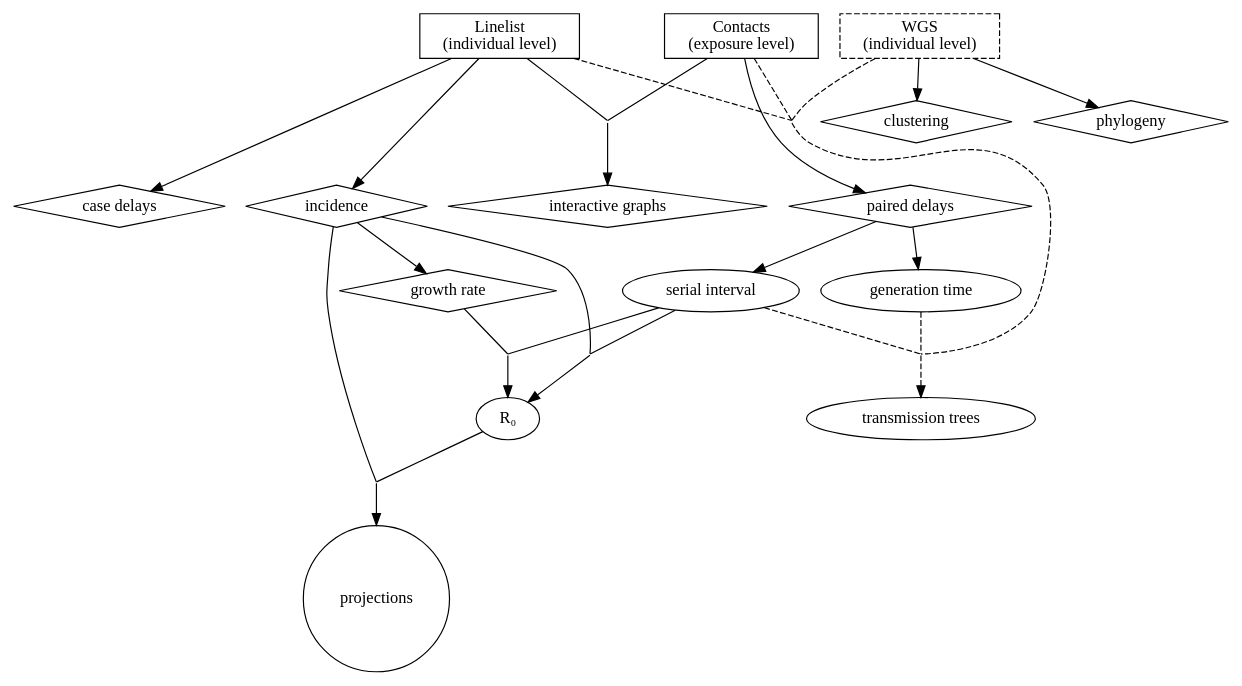
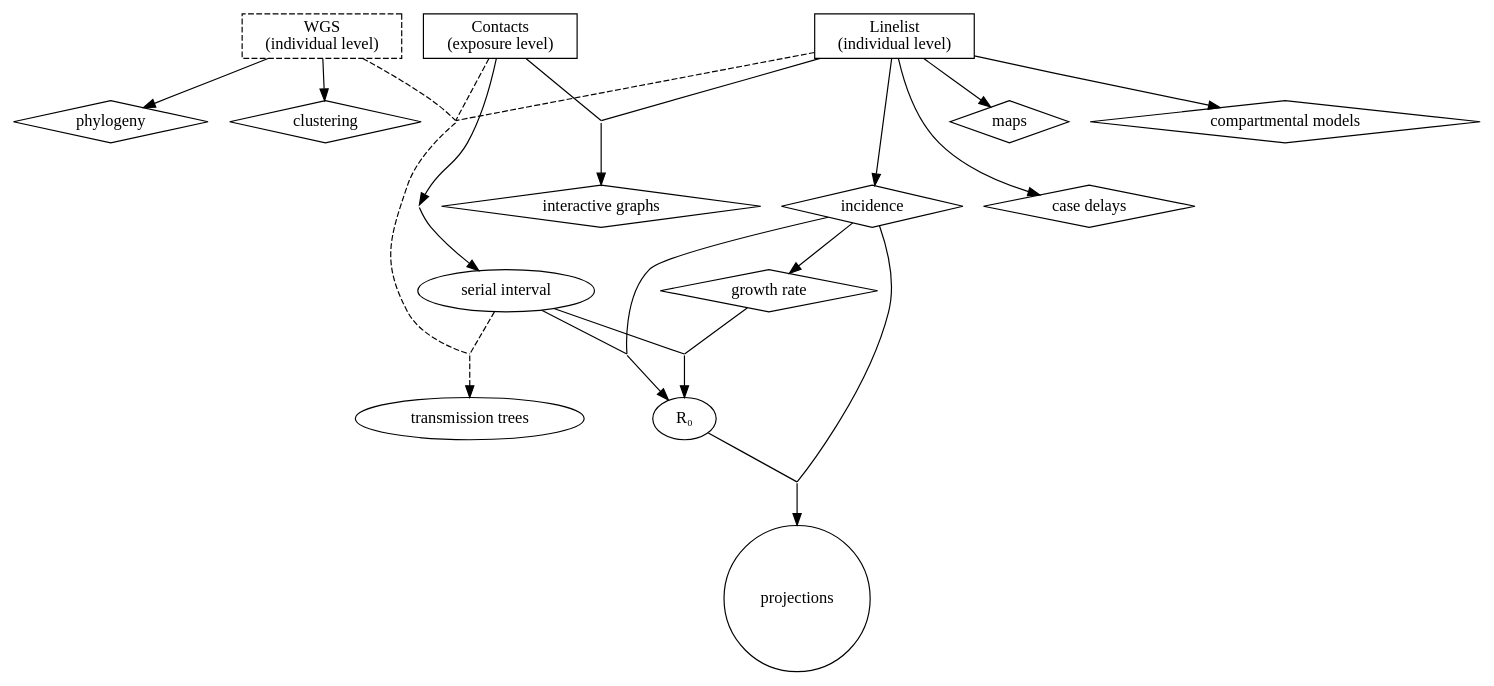
One commit to zkamvar/challenges-manuscript changed the diagram in figure2.dot. Above: the diagram before and after it, drawn with Graphviz.

Commit message:
add a few components; remove generation time

```diff
--- a/figure2.dot
+++ b/figure2.dot
@@ -1,82 +1,86 @@
 digraph G {
 	node[shape="box"]
 		linelist[label = "Linelist\n(individual level)"];
 		contacts[label = "Contacts\n(exposure level)"];
 		
 	node[shape="box", style = "dashed"]
 		WGS[label = "WGS\n(individual level)"];
 		
 	node[shape="diamond", style="solid"]
 		incidence;
 		growth_rate [label = "growth rate"];
 		phylogeny;
 		clustering;
 		case_delays [label = "case delays"];
-		paired_delays [label = "paired delays"];
+//		paired_delays [label = "paired delays"];
 		interactive_graphs [label = "interactive graphs"];
+    maps;
+    compartmental_models [label = "compartmental models"];
 		
 	node[shape="oval"]
 		R0 [label = "R₀"]; // Reproduction number
 		serial_interval [label = "serial interval"];
-		generation_time [label = "generation time"];
+		// generation_time [label = "generation time"];
 		transmission_trees [label = "transmission trees"];
 
 	node[shape="circle"]
 		projections;
 		
 	node[shape = "none", width = 0, height = 0, label = ""]
 		GrR0; // Growth Rate to R0
 		InRO; // Incidence to R0
 		tPd;  // to paired delays
 		tIg;  // to interactive graphs
 		R0P;  // R0 to Projections
 		TT1;  // to transmission trees
 		TT2;  // to transmission trees
 		
 //	node[shape="box", style = "invis"]
 //		background;
 
 	linelist -> incidence;
+	linelist -> maps;
+	linelist -> compartmental_models;
 	incidence -> growth_rate;
 
 	incidence       -> InR0 [arrowhead = "none"];
         serial_interval -> InR0 [arrowhead = "none"];
 	InR0            -> R0;
 
 	growth_rate     -> GrR0 [arrowhead = "none"];
 	serial_interval -> GrR0 [arrowhead = "none"];
 	GrR0            -> R0;
 
 	R0        -> R0P [arrowhead = "none"];
 	incidence -> R0P [arrowhead = "none"];
 	R0P       -> projections;
 	
 	linelist -> case_delays;
 
 //	contacts -> tPd [arrowhead = "none"];
 //	linelist -> tPd [arrowhead = "none"];
 //	tPd      -> paired_delays;
 	contacts -> paired_delays;
 	
-	paired_delays -> generation_time;
+//	paired_delays -> generation_time;
 	paired_delays -> serial_interval;
 
 	contacts -> tIg [arrowhead = "none"];
 	linelist -> tIg [arrowhead = "none"];
 	tIg      -> interactive_graphs;
 
 	
 	WGS -> phylogeny;
 	WGS -> clustering;
 
 	WGS             -> TT1[ style="dashed", arrowhead="none" ];
 	linelist        -> TT1[ style="dashed", arrowhead="none" ];
 	contacts        -> TT1[ style="dashed", arrowhead="none" ];
-	generation_time -> TT2[ style="dashed", arrowhead="none" ];
+	// generation_time -> TT2[ style="dashed", arrowhead="none" ];
 	serial_interval -> TT2[ style="dashed", arrowhead="none" ];
 	TT1             -> TT2[ style="dashed", arrowhead="none" ];
 	TT2             -> transmission_trees [ style = "dashed" ];
 	
 	{rank = "same"; contacts, linelist, WGS}//, background}
 	{rank = "same"; incidence, case_delays, paired_delays, interactive_graphs}//, background}
 }
```
